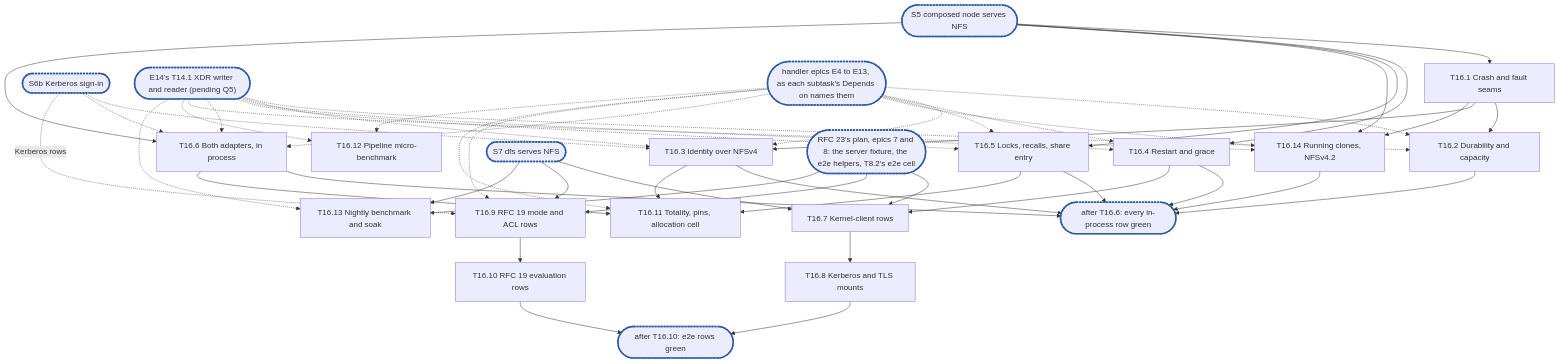
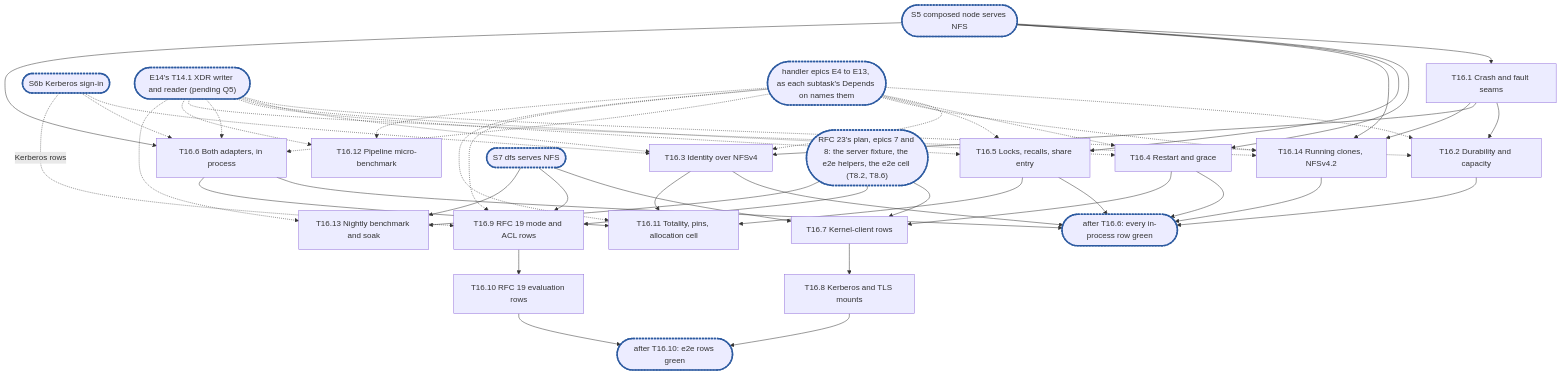
Before and after one commit to cubbit/dittofs: the diagram in .planning/rfc-21-nfs-epic16.md, drawn with Mermaid. The commit also changed other lines of this file and 1 other file, not shown here.

Commit message:
docs(planning): the e2e cell leaves the V2 filter with RFC 23's T8.6 or T16.7

````diff
--- a/.planning/rfc-21-nfs-epic16.md
+++ b/.planning/rfc-21-nfs-epic16.md
@@ -846,28 +849,28 @@
 ```mermaid
 flowchart TD
   S5(["S5 composed node serves NFS"]):::sync --> T16_1["T16.1 Crash and fault seams"]
   T16_1 --> T16_2["T16.2 Durability and capacity"]
   T16_1 --> T16_3["T16.3 Identity over NFSv4"]
   S6b(["S6b Kerberos sign-in"]):::sync -.-> T16_3
   S5 --> T16_4["T16.4 Restart and grace"]
   S5 --> T16_5["T16.5 Locks, recalls, share entry"]
   S5 --> T16_14["T16.14 Running clones, NFSv4.2"]
   T16_1 --> T16_14
   S5 --> T16_6["T16.6 Both adapters, in process"]
   S6b -.-> T16_6
   T16_2 & T16_3 & T16_4 & T16_5 & T16_14 & T16_6 --> C1(["after T16.6: every in-process row green"]):::sync
   S7(["S7 dfs serves NFS"]):::sync --> T16_7["T16.7 Kernel-client rows"]
   T16_4 --> T16_7
   T16_7 --> T16_8["T16.8 Kerberos and TLS mounts"]
   S7 --> T16_9["T16.9 RFC 19 mode and ACL rows"] --> T16_10["T16.10 RFC 19 evaluation rows"]
   S6b -. "Kerberos rows" .-> T16_9
   T16_8 & T16_10 --> C2(["after T16.10: e2e rows green"]):::sync
   T14_1(["E14's T14.1 XDR writer and reader (pending Q5)"]):::sync -.-> T16_2 & T16_3 & T16_4 & T16_5 & T16_6 & T16_14
   T16_3 & T16_5 & T16_6 --> T16_11["T16.11 Totality, pins, allocation cell"]
   T14_1 -.-> T16_12["T16.12 Pipeline micro-benchmark"]
   S7 --> T16_13["T16.13 Nightly benchmark and soak"]
   T14_1 -.-> T16_13
   EH(["handler epics E4 to E13, as each subtask's Depends on names them"]):::sync -.-> T16_2 & T16_3 & T16_4 & T16_5 & T16_14 & T16_6 & T16_9 & T16_11 & T16_12
-  R23(["RFC 23's plan, epics 7 and 8: the server fixture, the e2e helpers, T8.2's e2e cell"]):::sync --> T16_7 & T16_9 & T16_13
+  R23(["RFC 23's plan, epics 7 and 8: the server fixture, the e2e helpers, the e2e cell (T8.2, T8.6)"]):::sync --> T16_7 & T16_9 & T16_13
   classDef sync stroke:#2c5aa0,stroke-width:3px,stroke-dasharray:4 2
 ```
````
